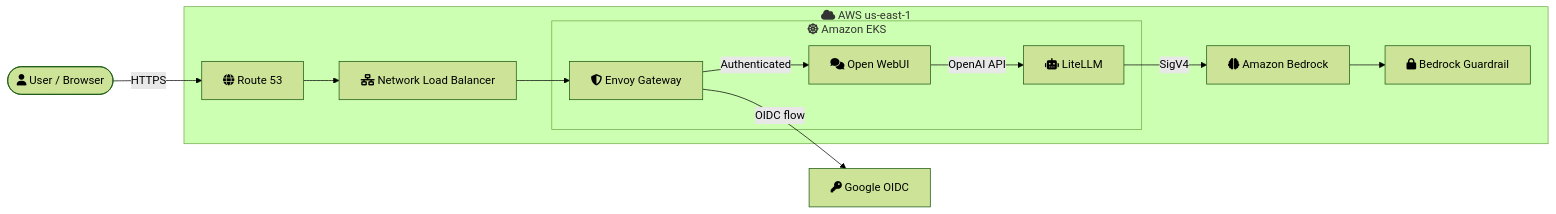
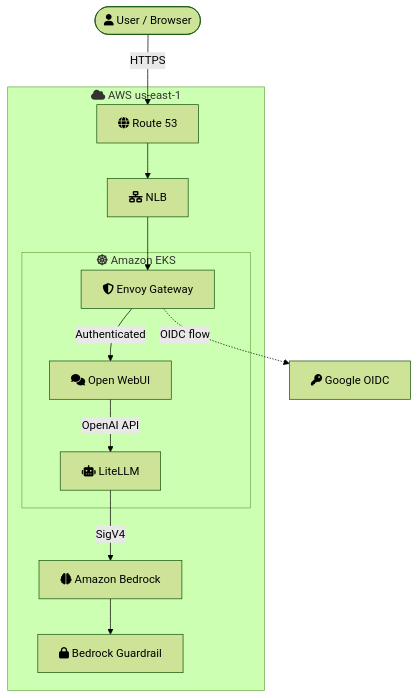
One commit to ruzickap/ruzickap.github.io changed the diagram in _posts/2026/2026-05-26-openwebui-eks-bedrock-opentofu.md. Above: the diagram before and after it, drawn with Mermaid (forest theme). The commit also changed other lines of this file, not shown here.

Commit message:
fix: update mermaid diagram for Open WebUI architecture

````diff
--- a/_posts/2026/2026-05-26-openwebui-eks-bedrock-opentofu.md
+++ b/_posts/2026/2026-05-26-openwebui-eks-bedrock-opentofu.md
@@ -56,33 +58,26 @@
 ```mermaid
-flowchart LR
+flowchart TD
   User(["fa:fa-user User / Browser"])
-  R53["fa:fa-globe Route 53"]
-  NLB["fa:fa-network-wired Network Load Balancer"]
-  EG["fa:fa-shield-alt Envoy Gateway"]
-  OW["fa:fa-comments Open WebUI"]
-  LL["fa:fa-robot LiteLLM"]
-  BR["fa:fa-brain Amazon Bedrock"]
-  GR["fa:fa-lock Bedrock Guardrail"]
   Google["fa:fa-key Google OIDC"]
 
   User -- HTTPS --> R53
   R53 --> NLB
   NLB --> EG
-  EG -- OIDC flow --> Google
+  EG -. OIDC flow .-> Google
   EG -- Authenticated --> OW
   OW -- OpenAI API --> LL
   LL -- SigV4 --> BR
   BR --> GR
 
   subgraph AWS["fa:fa-cloud AWS us-east-1"]
-    R53
-    NLB
-    BR
-    GR
+    R53["fa:fa-globe Route 53"]
+    NLB["fa:fa-network-wired NLB"]
+    BR["fa:fa-brain Amazon Bedrock"]
+    GR["fa:fa-lock Bedrock Guardrail"]
     subgraph EKS["fa:fa-dharmachakra Amazon EKS"]
-      EG
-      OW
-      LL
+      EG["fa:fa-shield-alt Envoy Gateway"]
+      OW["fa:fa-comments Open WebUI"]
+      LL["fa:fa-robot LiteLLM"]
     end
   end
 ```
````
